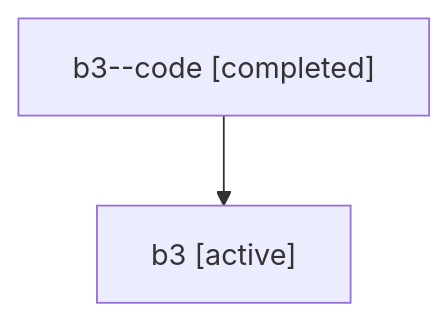
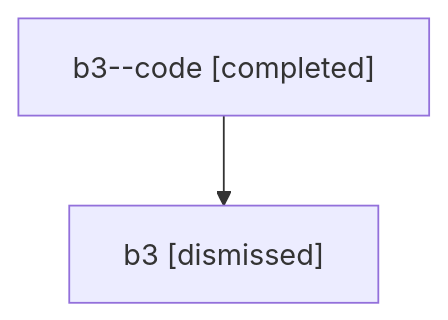
The diagram in sessions/bbugyi200.athena.b3.md (sase-org/sase--agents), drawn with Mermaid before and after one commit. The commit also changed other lines of this file and 34 other files, not shown here.

````diff
--- a/sessions/bbugyi200.athena.b3.md
+++ b/sessions/bbugyi200.athena.b3.md
@@ -9,6 +9,6 @@
 ```mermaid
 flowchart TD
   n0["b3--code [completed]"]
-  n1["b3 [active]"]
+  n1["b3 [dismissed]"]
   n0 --> n1
 ```
````
